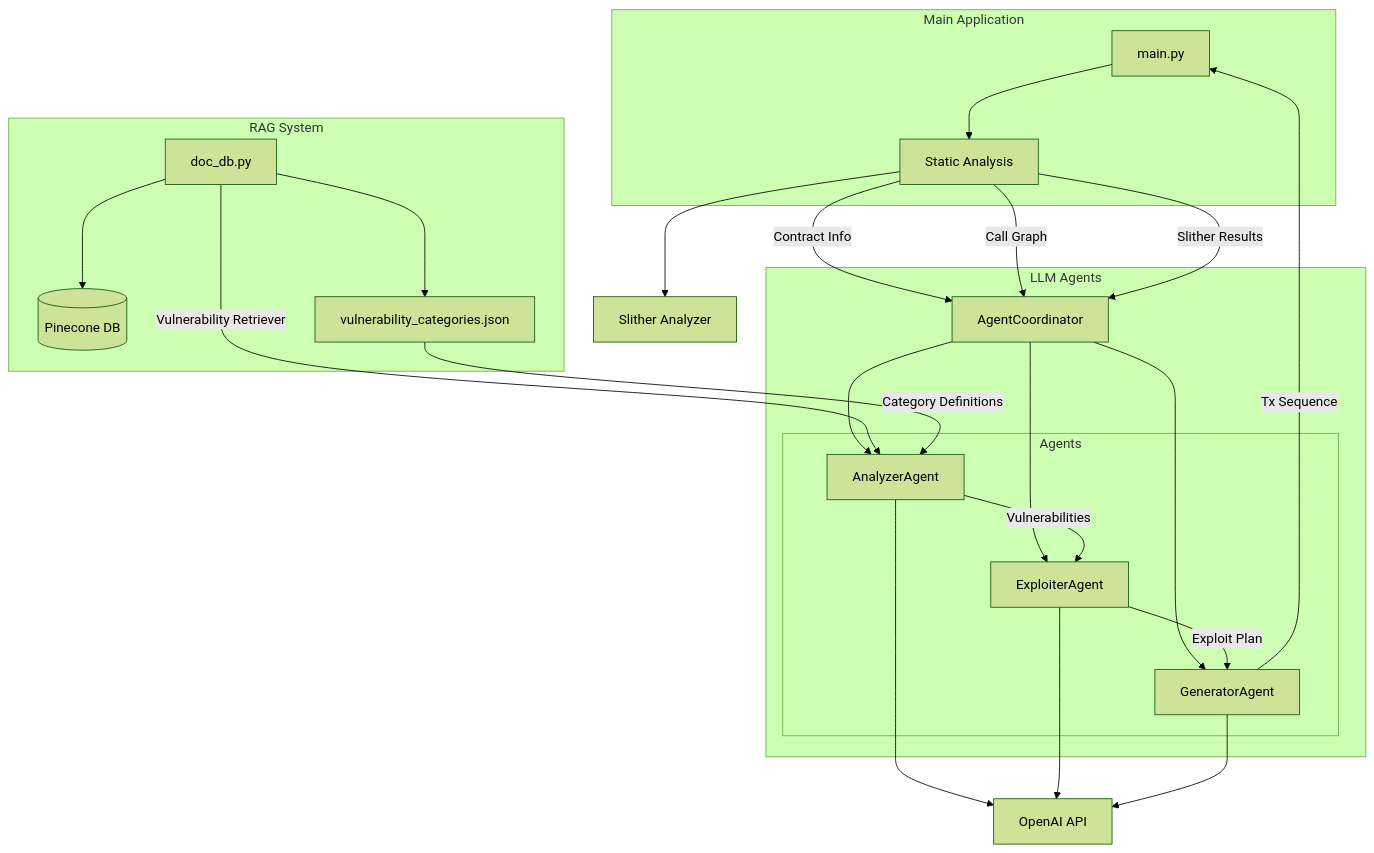
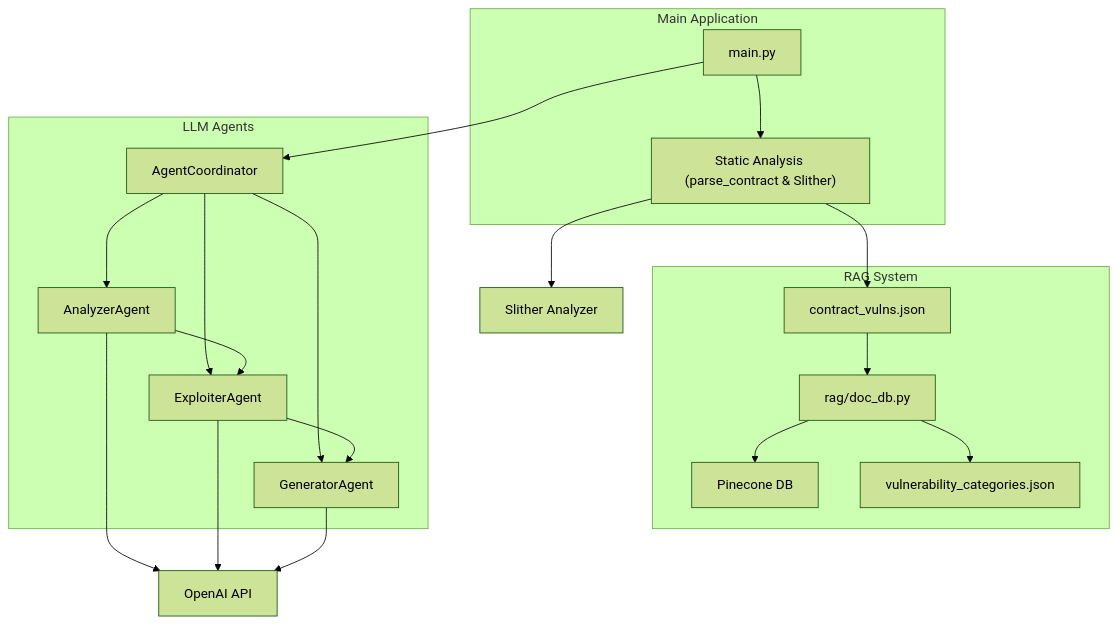
Before and after one commit to videv93/fyp-fr: the diagram in README.md, drawn with Mermaid (forest theme).

````diff
--- a/README.md
+++ b/README.md
@@ -19,55 +19,45 @@
 ```mermaid
 graph TB
-    subgraph Main Application
-        main[main.py]
-        static[Static Analysis]
+    subgraph "Main Application"
+      main["main.py"]
+      static["Static Analysis (parse_contract & Slither)"]
     end
 
-    subgraph RAG System
-        doc_db[doc_db.py]
-        pinecone[(Pinecone DB)]
-        vuln_json[vulnerability_categories.json]
-        doc_db --> pinecone
-        doc_db --> vuln_json
+    subgraph "RAG System"
+      docdb["rag/doc_db.py"]
+      pinecone["Pinecone DB"]
+      vulnjson["vulnerability_categories.json"]
+      contractVulns["contract_vulns.json"]
     end
 
-    subgraph LLM Agents
-        coordinator[AgentCoordinator]
-        subgraph Agents
-            analyzer[AnalyzerAgent]
-            exploiter[ExploiterAgent]
-            generator[GeneratorAgent]
-        end
-
-        coordinator --> analyzer
-        coordinator --> exploiter
-        coordinator --> generator
+    subgraph "LLM Agents"
+      coordinator["AgentCoordinator"]
+      analyzer["AnalyzerAgent"]
+      exploiter["ExploiterAgent"]
+      generator["GeneratorAgent"]
     end
 
-    %% External Dependencies
-    openai[OpenAI API]
-    slither[Slither Analyzer]
+    openai["OpenAI API"]
+    slither["Slither Analyzer"]
 
     %% Data Flow
     main --> static
-    static -->|Contract Info| coordinator
-    static -->|Call Graph| coordinator
-    static -->|Slither Results| coordinator
-    
-    doc_db -->|Vulnerability Retriever| analyzer
-    vuln_json -->|Category Definitions| analyzer
-    
-    analyzer -->|Vulnerabilities| exploiter
-    exploiter -->|Exploit Plan| generator
-    generator -->|Tx Sequence| main
-    
-    %% Component Interactions
+    static --> contractVulns
+    contractVulns --> docdb
+    docdb --> pinecone
+    docdb --> vulnjson
+
+    static --> slither
+
+    main --> coordinator
+    coordinator --> analyzer
+    coordinator --> exploiter
+    coordinator --> generator
+
+    analyzer --> exploiter
+    exploiter --> generator
+
     analyzer --> openai
     exploiter --> openai
     generator --> openai
-    static --> slither
-
-    class main,static,coordinator,analyzer,exploiter,generator component
-    class openai,slither external
-    class pinecone database
 ```
````
